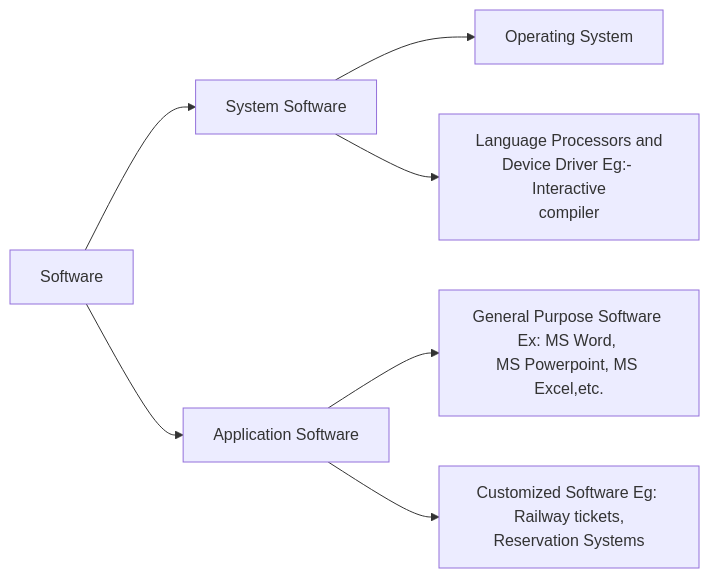
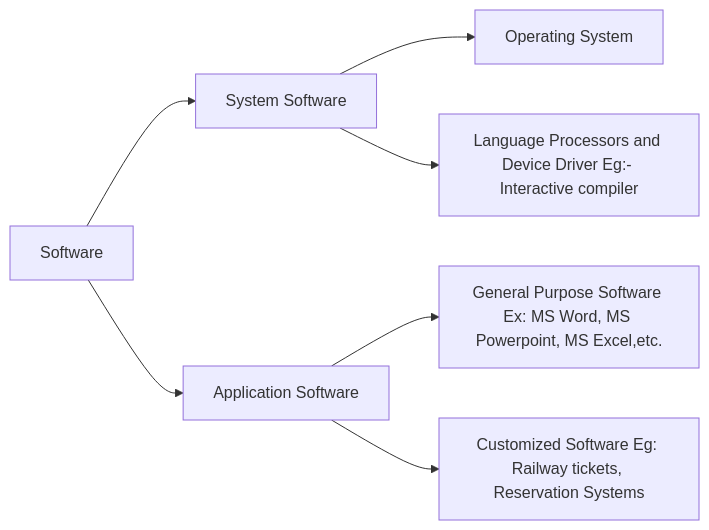
The diagram in Notes/PPS/Computer_System_Components/Software.md (gne-ldh/ClassNotes), drawn with Mermaid before and after one commit.

````diff
--- a/Notes/PPS/Computer_System_Components/Software.md
+++ b/Notes/PPS/Computer_System_Components/Software.md
@@ -3,9 +3,9 @@
 ```mermaid
 flowchart LR;
     A[Software]-->B[System Software]
     A-->C[Application Software]
     B-->D[Operating System]
-    B-->E[Language Processors and\nDevice Driver Eg:- Interactive\ncompiler]
-    C-->F[General Purpose Software Ex: MS Word, \nMS Powerpoint, MS Excel,etc.]
-    C-->G[Customized Software Eg: Railway tickets,\nReservation Systems]
+    B-->E[Language Processors and Device Driver Eg:- Interactive compiler]
+    C-->F[General Purpose Software Ex: MS Word, MS Powerpoint, MS Excel,etc.]
+    C-->G[Customized Software Eg: Railway tickets, Reservation Systems]
 ```
````
